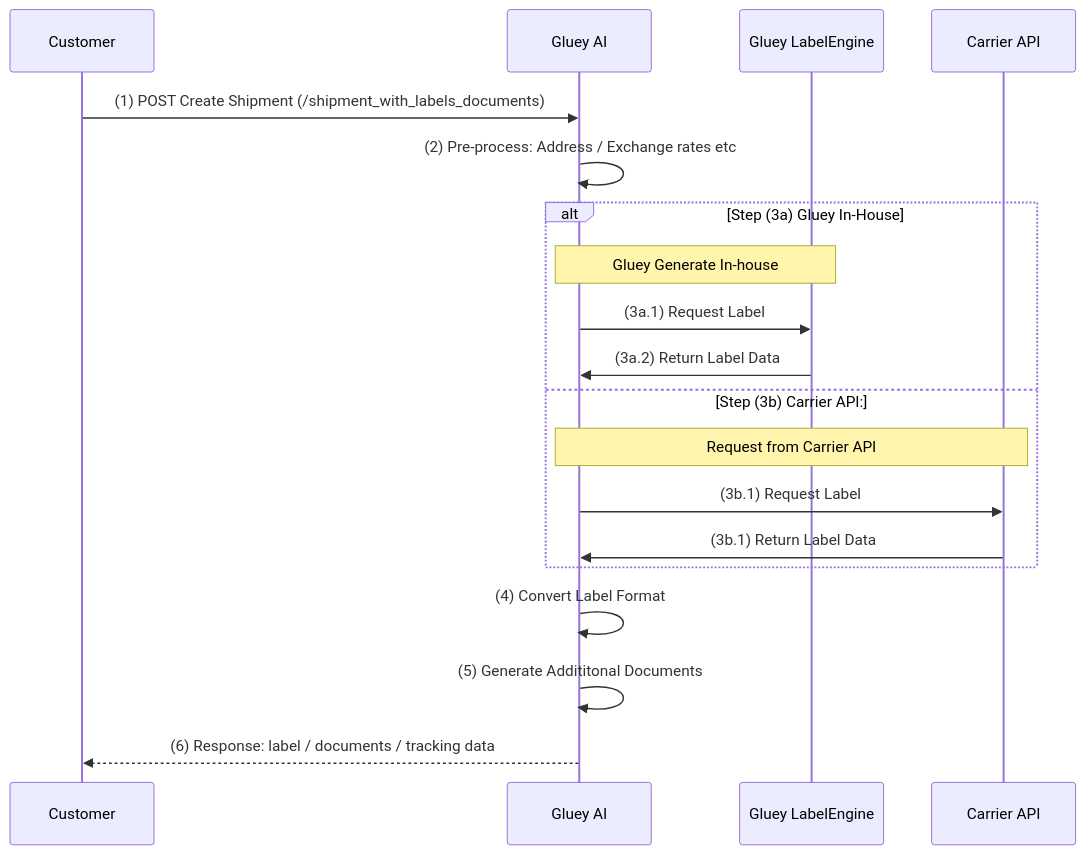
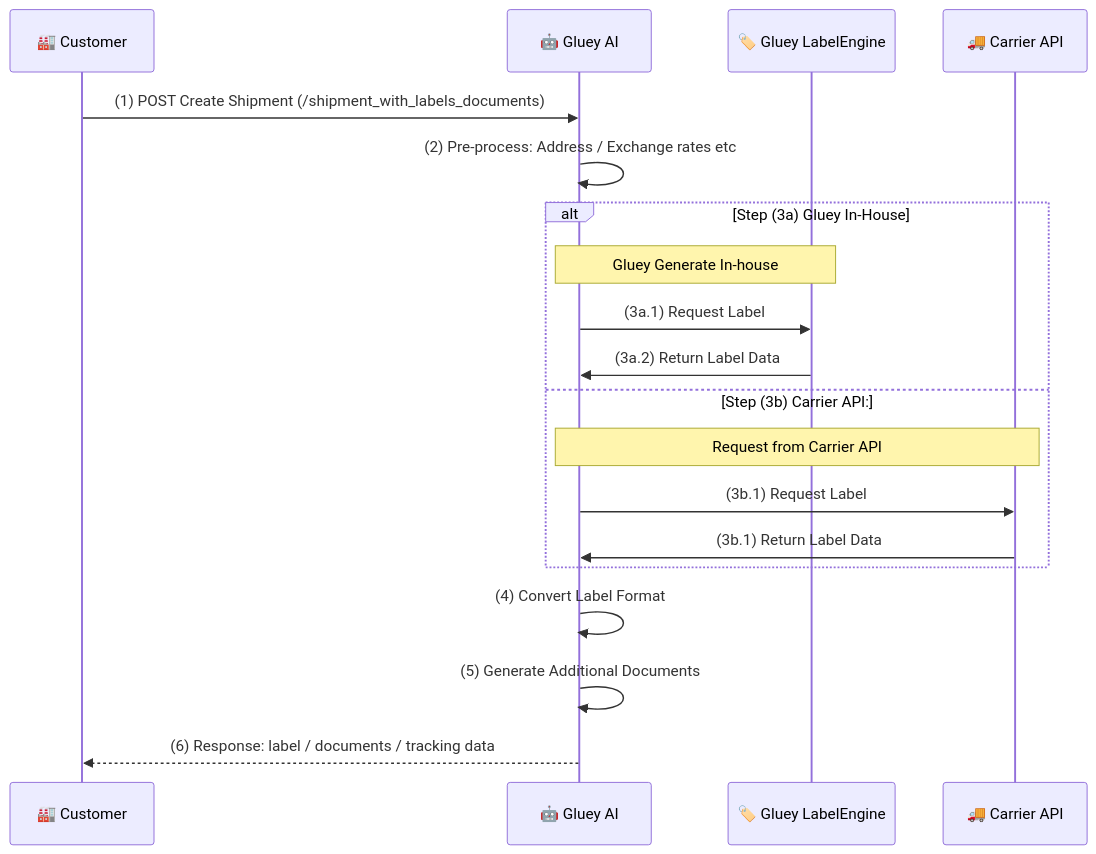
One commit to Gluey-AI/gluey-api-docs changed the diagram in app/api/v1/templates/markdown/sync_labels.md. Above: the diagram before and after it, drawn with Mermaid. The commit also changed other lines of this file and 6 other files, not shown here.

```diff
--- a/app/api/v1/templates/markdown/sync_labels.md
+++ b/app/api/v1/templates/markdown/sync_labels.md
@@ -26,22 +26,22 @@
 ~~~mermaid
 sequenceDiagram
-    participant Customer
-    participant Gluey AI
-    participant Gluey LabelEngine
-    participant Carrier API
+    participant 🏭 Customer
+    participant 🤖 Gluey AI
+    participant 🏷️ Gluey LabelEngine
+    participant 🚚 Carrier API
 
-    Customer->>Gluey AI: (1) POST Create Shipment (/shipment_with_labels_documents)
-    Gluey AI->>Gluey AI: (2) Pre-process: Address / Exchange rates etc
+    🏭 Customer->>🤖 Gluey AI: (1) POST Create Shipment (/shipment_with_labels_documents)
+    🤖 Gluey AI->>🤖 Gluey AI: (2) Pre-process: Address / Exchange rates etc
     alt Step (3a) Gluey In-House
-        Note over Gluey AI, Gluey LabelEngine: Gluey Generate In-house
-        Gluey AI->>Gluey LabelEngine: (3a.1) Request Label 
-        Gluey LabelEngine->>Gluey AI: (3a.2) Return Label Data
+        Note over 🤖 Gluey AI, 🏷️ Gluey LabelEngine: Gluey Generate In-house
+        🤖 Gluey AI->>🏷️ Gluey LabelEngine: (3a.1) Request Label 
+        🏷️ Gluey LabelEngine->>🤖 Gluey AI: (3a.2) Return Label Data
     else Step (3b) Carrier API:
-        Note over Gluey AI, Carrier API: Request from Carrier API
-        Gluey AI->>Carrier API: (3b.1) Request Label
-        Carrier API->>Gluey AI: (3b.1) Return Label Data
+        Note over 🤖 Gluey AI, 🚚 Carrier API: Request from Carrier API
+        🤖 Gluey AI->>🚚 Carrier API: (3b.1) Request Label
+        🚚 Carrier API->>🤖 Gluey AI: (3b.1) Return Label Data
     end
-    Gluey AI->>Gluey AI: (4) Convert Label Format
-    Gluey AI->>Gluey AI: (5) Generate Addititonal Documents
-    Gluey AI-->>Customer: (6) Response: label / documents / tracking data
+    🤖 Gluey AI->>🤖 Gluey AI: (4) Convert Label Format
+    🤖 Gluey AI->>🤖 Gluey AI: (5) Generate Additional Documents
+    🤖 Gluey AI-->>🏭 Customer: (6) Response: label / documents / tracking data
 ~~~
```
